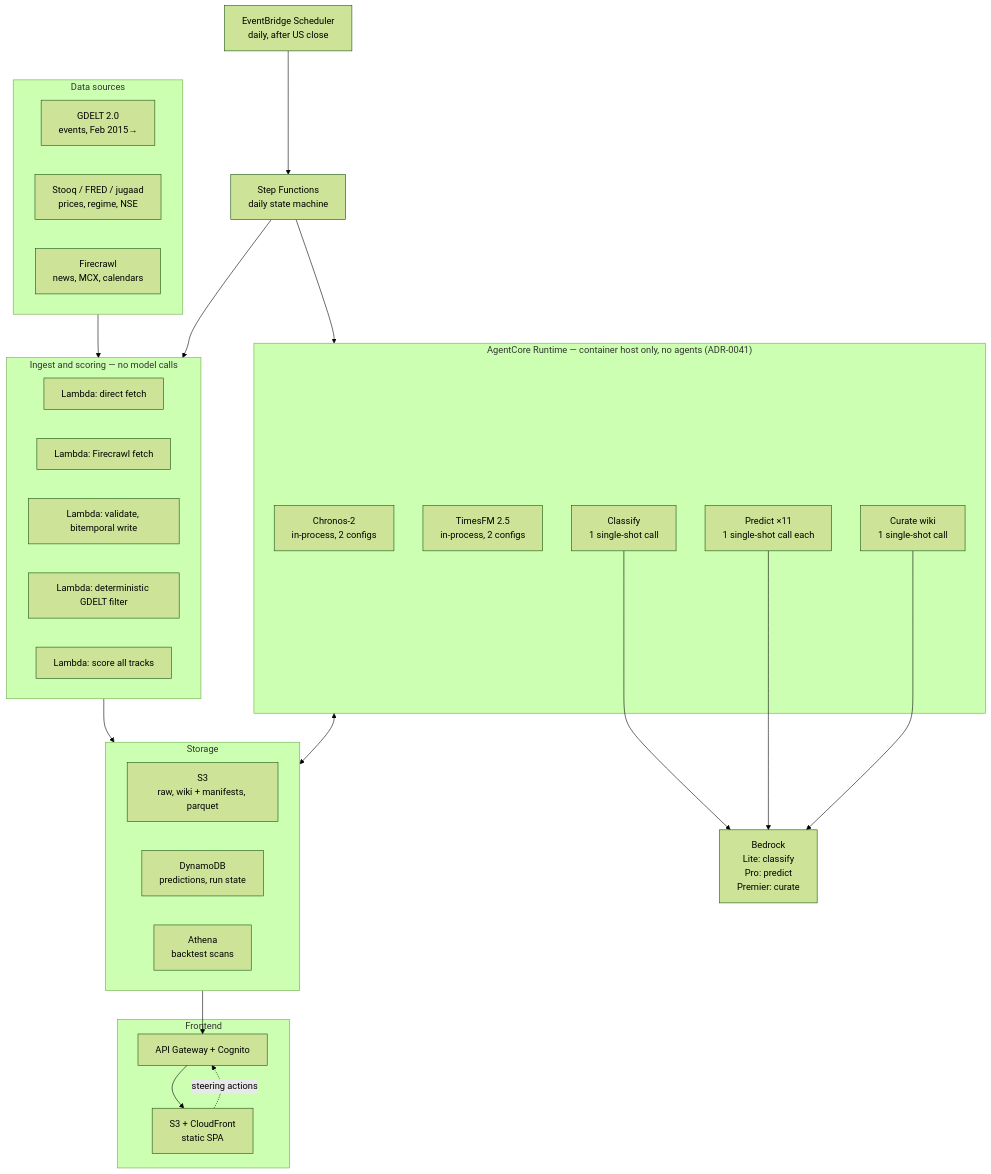
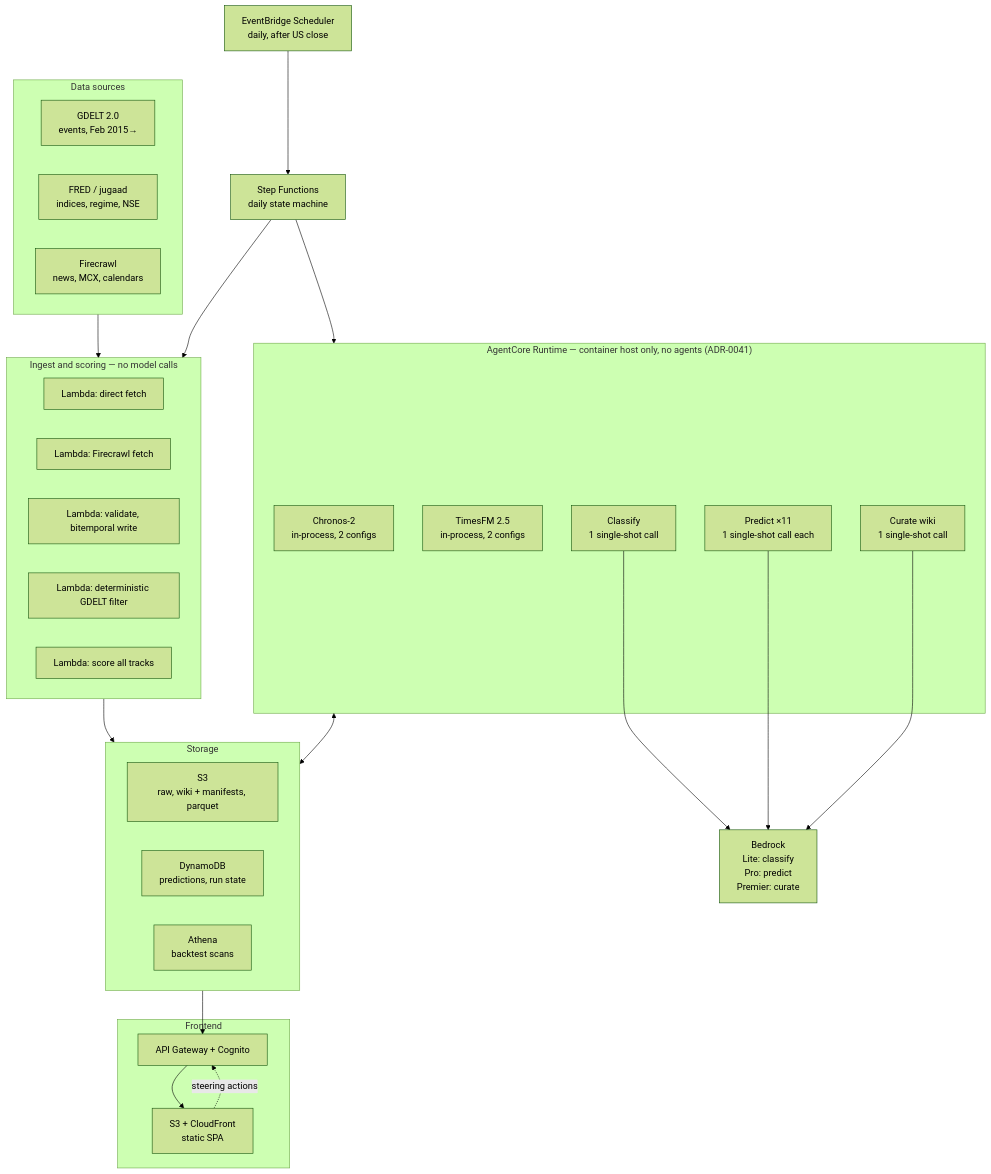
The diagram in docs/design/aws-architecture.md (itamittech/finevents), drawn with Mermaid (forest theme) before and after one commit. The commit also changed other lines of this file and 17 other files, not shown here.

````diff
--- a/docs/design/aws-architecture.md
+++ b/docs/design/aws-architecture.md
@@ -47,54 +47,54 @@
 ```mermaid
 flowchart TB
     subgraph sources["Data sources"]
         direction LR
         GD["GDELT 2.0<br/>events, Feb 2015→"]
-        ST["Stooq / FRED / jugaad<br/>prices, regime, NSE"]
+        ST["FRED / jugaad<br/>indices, regime, NSE"]
         FC["Firecrawl<br/>news, MCX, calendars"]
     end
 
     EB["EventBridge Scheduler<br/>daily, after US close"]
     SF["Step Functions<br/>daily state machine"]
 
     subgraph ingest["Ingest and scoring — no model calls"]
         L1["Lambda: direct fetch"]
         L2["Lambda: Firecrawl fetch"]
         L3["Lambda: validate, bitemporal write"]
         L4["Lambda: deterministic GDELT filter"]
         L5["Lambda: score all tracks"]
     end
 
     subgraph runtime["AgentCore Runtime — container host only, no agents (ADR-0041)"]
         CH["Chronos-2<br/>in-process, 2 configs"]
         TF["TimesFM 2.5<br/>in-process, 2 configs"]
         A1["Classify<br/>1 single-shot call"]
         A2["Predict ×11<br/>1 single-shot call each"]
         A3["Curate wiki<br/>1 single-shot call"]
     end
 
     BR["Bedrock<br/>Lite: classify<br/>Pro: predict<br/>Premier: curate"]
 
     subgraph store["Storage"]
         S3["S3<br/>raw, wiki + manifests, parquet"]
         DDB["DynamoDB<br/>predictions, run state"]
         ATH["Athena<br/>backtest scans"]
     end
 
     subgraph front["Frontend"]
         AG["API Gateway + Cognito"]
         CF["S3 + CloudFront<br/>static SPA"]
     end
 
     sources --> ingest
     EB --> SF
     SF --> ingest
     SF --> runtime
     ingest --> store
     A1 --> BR
     A2 --> BR
     A3 --> BR
     runtime <--> store
     store --> AG
     AG --> CF
     CF -.->|steering actions| AG
 ```
````
